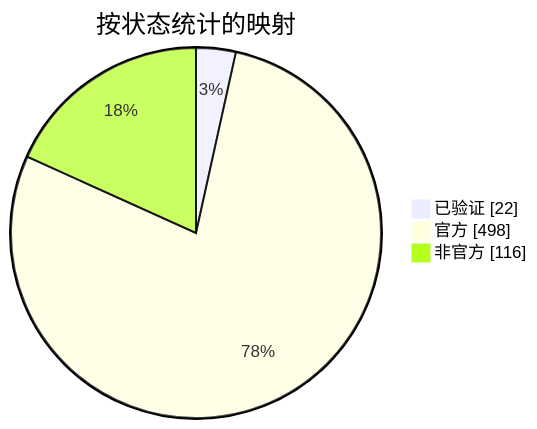
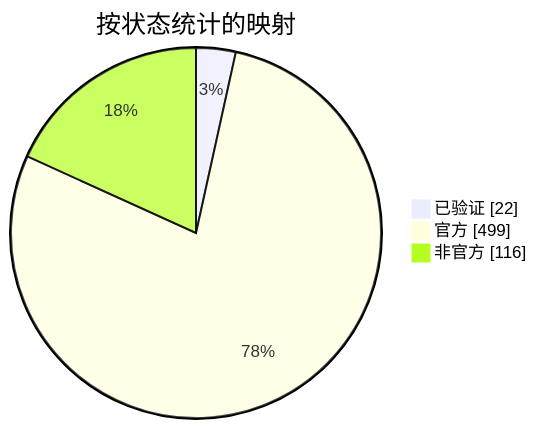
The diagram in docs/readme/README_ZHS.md (nobrega8/mbmap-library), drawn with Mermaid before and after one commit. The commit also changed 6 other files, not shown here.

````diff
--- a/docs/readme/README_ZHS.md
+++ b/docs/readme/README_ZHS.md
@@ -54,7 +54,7 @@
 ```mermaid
 pie showData
     title 按状态统计的映射
     "已验证" : 22
-    "官方" : 498
+    "官方" : 499
     "非官方" : 116
 ```
````
